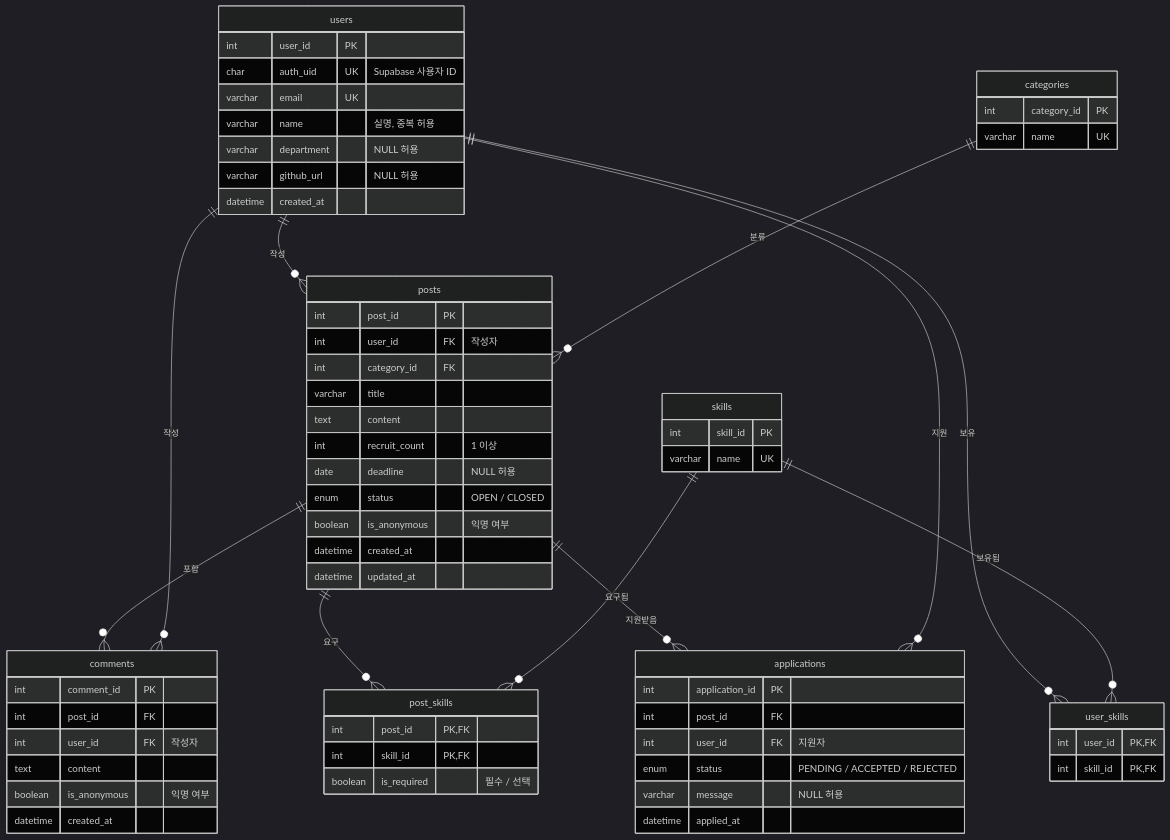
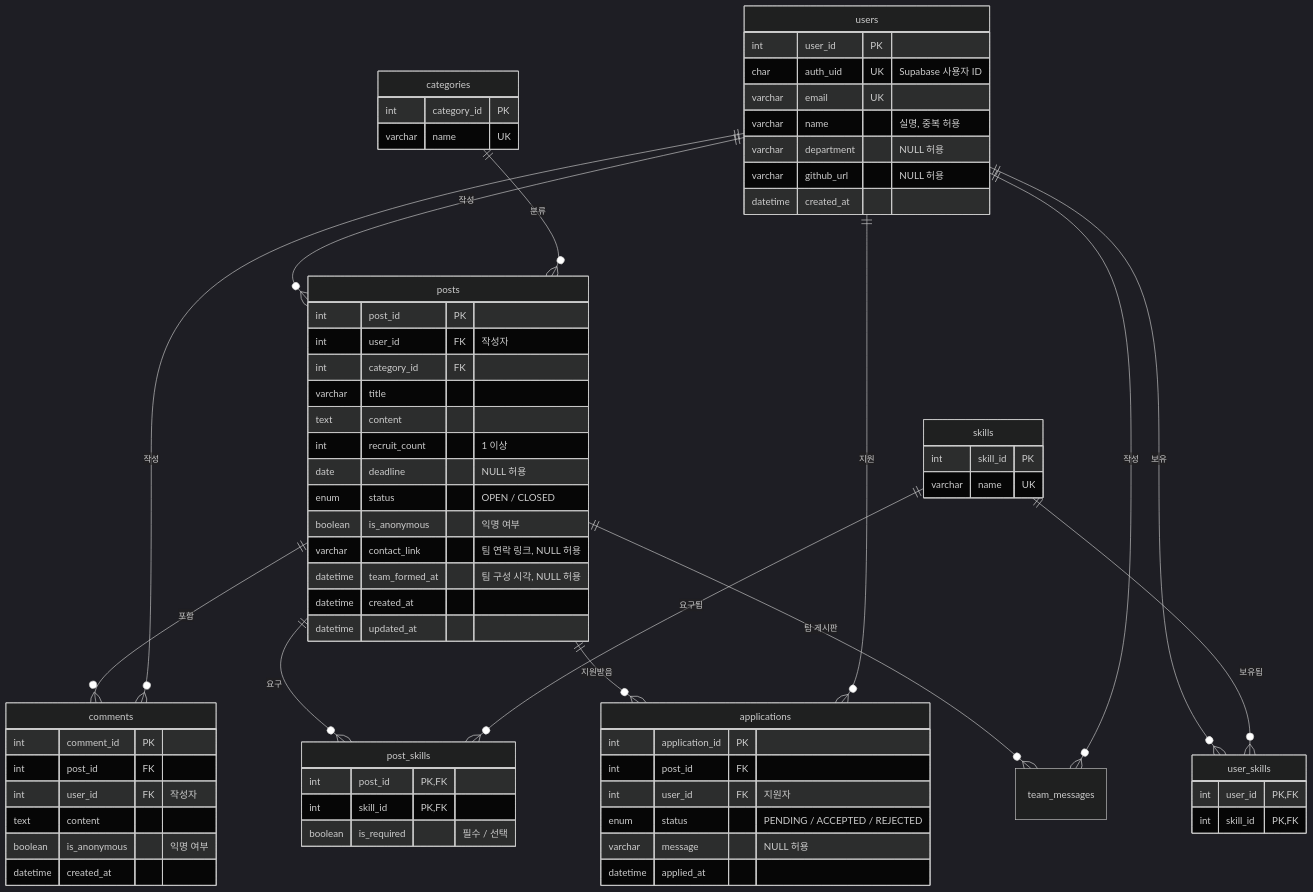
The diagram in docs/erd.md (qwasqwe0916/qwasqwe0916), drawn with Mermaid (dark theme) before and after one commit. The commit also changed other lines of this file and 18 other files, not shown here.

````diff
--- a/docs/erd.md
+++ b/docs/erd.md
@@ -11,69 +11,73 @@
 ```mermaid
 erDiagram
     users ||--o{ posts : "작성"
     categories ||--o{ posts : "분류"
     posts ||--o{ comments : "포함"
     users ||--o{ comments : "작성"
     users ||--o{ user_skills : "보유"
     skills ||--o{ user_skills : "보유됨"
     posts ||--o{ post_skills : "요구"
     skills ||--o{ post_skills : "요구됨"
     posts ||--o{ applications : "지원받음"
     users ||--o{ applications : "지원"
+    posts ||--o{ team_messages : "팀 게시판"
+    users ||--o{ team_messages : "작성"
 
     users {
         int user_id PK
         char auth_uid UK "Supabase 사용자 ID"
         varchar email UK
         varchar name "실명, 중복 허용"
         varchar department "NULL 허용"
         varchar github_url "NULL 허용"
         datetime created_at
     }
     categories {
         int category_id PK
         varchar name UK
     }
     skills {
         int skill_id PK
         varchar name UK
     }
     user_skills {
         int user_id PK, FK
         int skill_id PK, FK
     }
     posts {
         int post_id PK
         int user_id FK "작성자"
         int category_id FK
         varchar title
         text content
         int recruit_count "1 이상"
         date deadline "NULL 허용"
         enum status "OPEN / CLOSED"
         boolean is_anonymous "익명 여부"
+        varchar contact_link "팀 연락 링크, NULL 허용"
+        datetime team_formed_at "팀 구성 시각, NULL 허용"
         datetime created_at
         datetime updated_at
     }
     post_skills {
         int post_id PK, FK
         int skill_id PK, FK
         boolean is_required "필수 / 선택"
     }
     comments {
         int comment_id PK
         int post_id FK
         int user_id FK "작성자"
         text content
         boolean is_anonymous "익명 여부"
         datetime created_at
     }
     applications {
         int application_id PK
         int post_id FK
         int user_id FK "지원자"
         enum status "PENDING / ACCEPTED / REJECTED"
         varchar message "NULL 허용"
         datetime applied_at
     }
 ```
````
